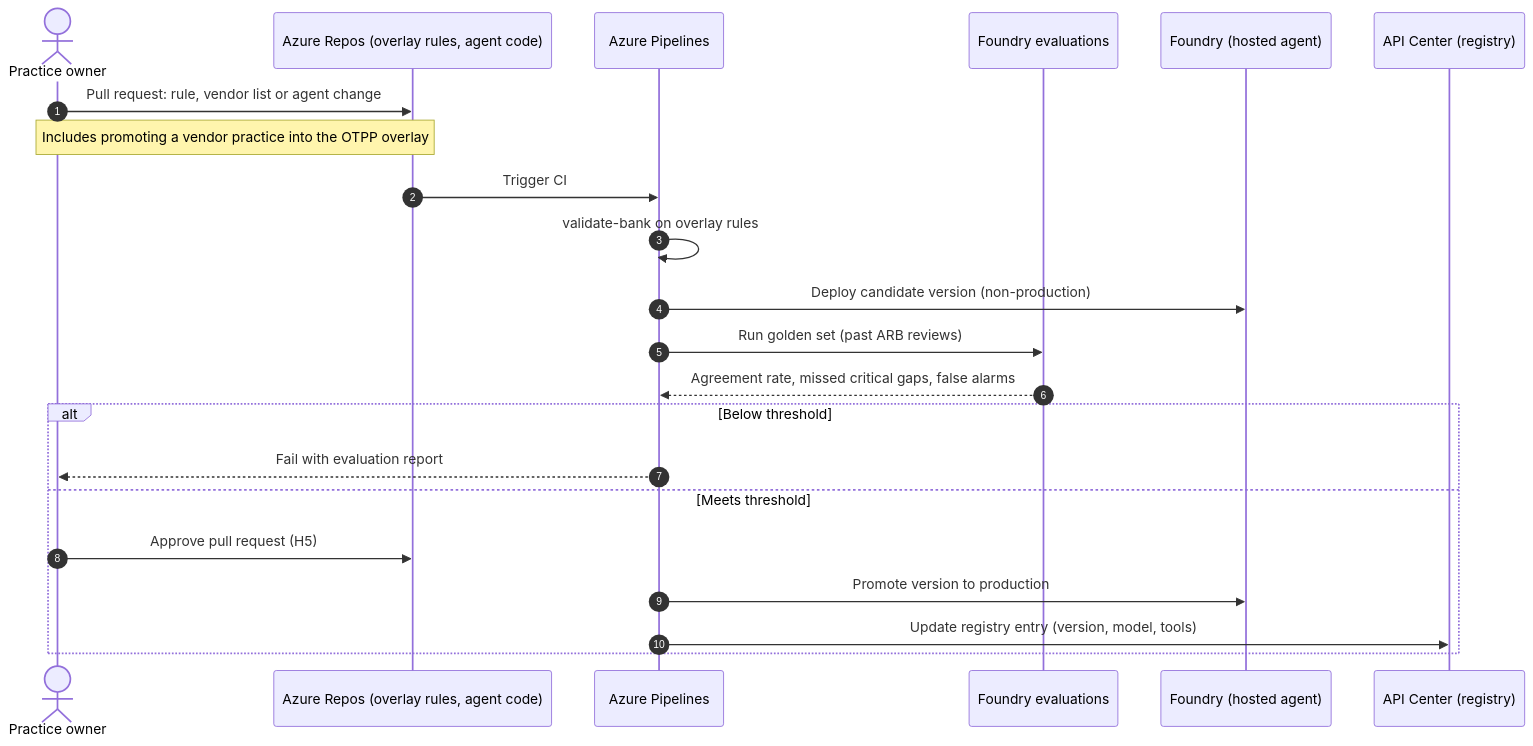
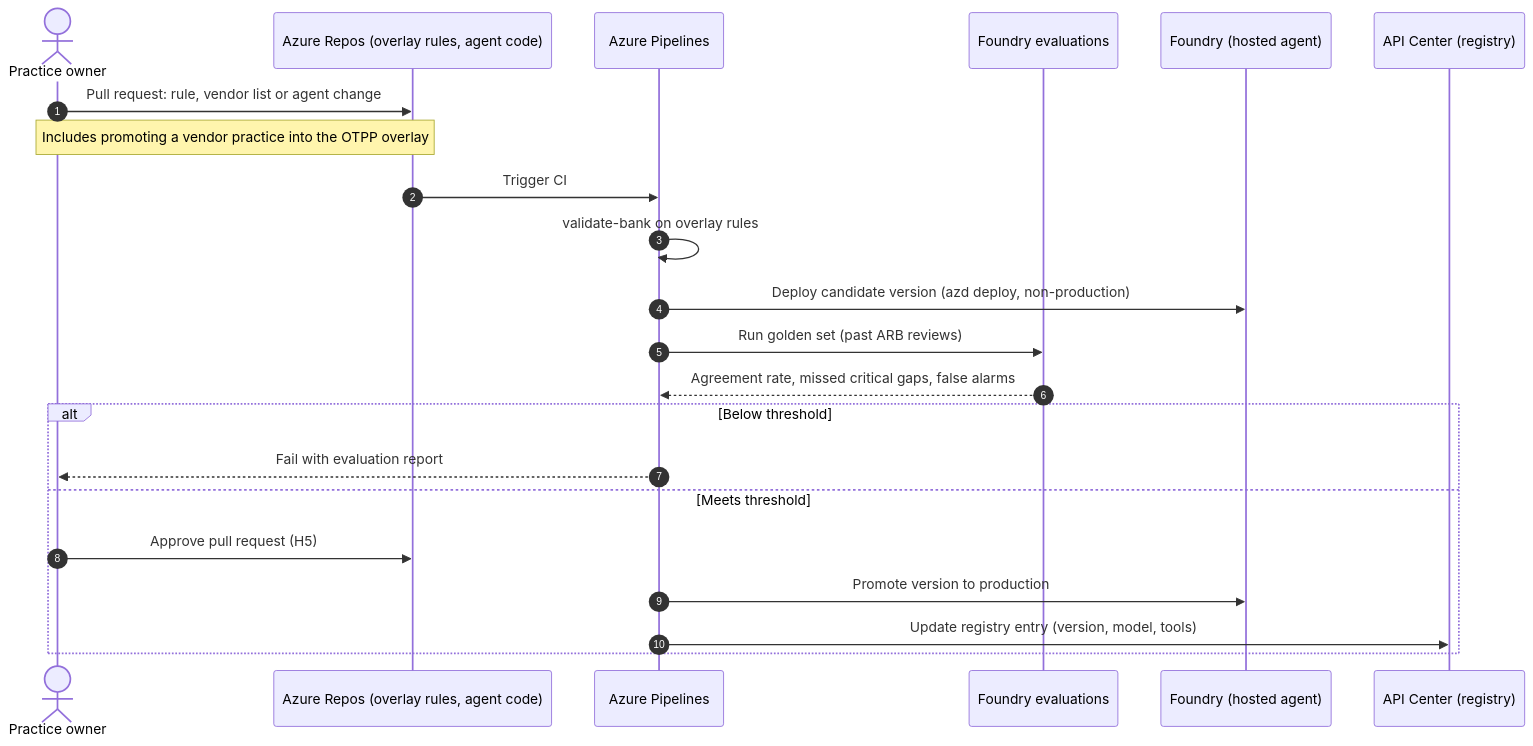
Before and after one commit to itsamitkr/arb-agent-design: the seventh of 8 diagrams in ARB-Agent-Technical-Design.md, drawn with Mermaid. The commit also changed other lines of this file, not shown here.

````diff
--- a/ARB-Agent-Technical-Design.md
+++ b/ARB-Agent-Technical-Design.md
@@ -617,25 +617,25 @@
 ```mermaid
 sequenceDiagram
     autonumber
     actor PO as Practice owner
     participant RP as Azure Repos (overlay rules, agent code)
     participant PL as Azure Pipelines
     participant EV as Foundry evaluations
     participant FA as Foundry (hosted agent)
     participant AC as API Center (registry)
 
     PO->>RP: Pull request: rule, vendor list or agent change
     Note over PO,RP: Includes promoting a vendor practice into the OTPP overlay
     RP->>PL: Trigger CI
     PL->>PL: validate-bank on overlay rules
-    PL->>FA: Deploy candidate version (non-production)
+    PL->>FA: Deploy candidate version (azd deploy, non-production)
     PL->>EV: Run golden set (past ARB reviews)
     EV-->>PL: Agreement rate, missed critical gaps, false alarms
     alt Below threshold
         PL-->>PO: Fail with evaluation report
     else Meets threshold
         PO->>RP: Approve pull request (H5)
         PL->>FA: Promote version to production
         PL->>AC: Update registry entry (version, model, tools)
     end
 ```
````
